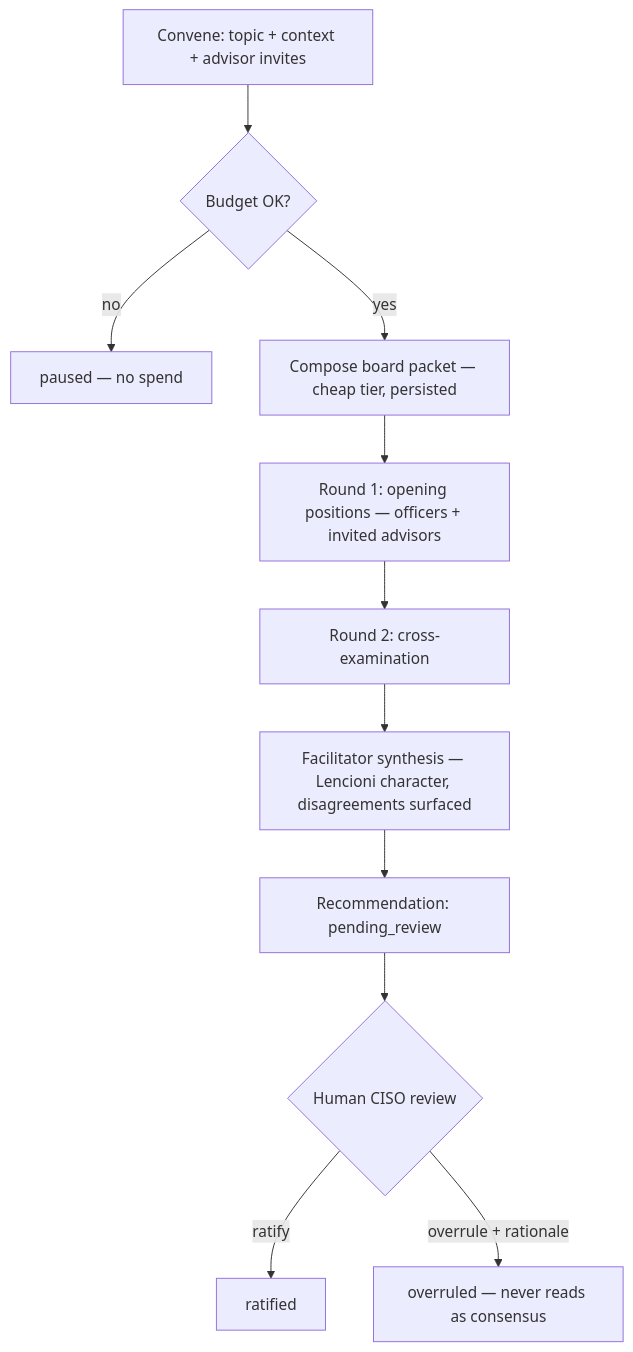
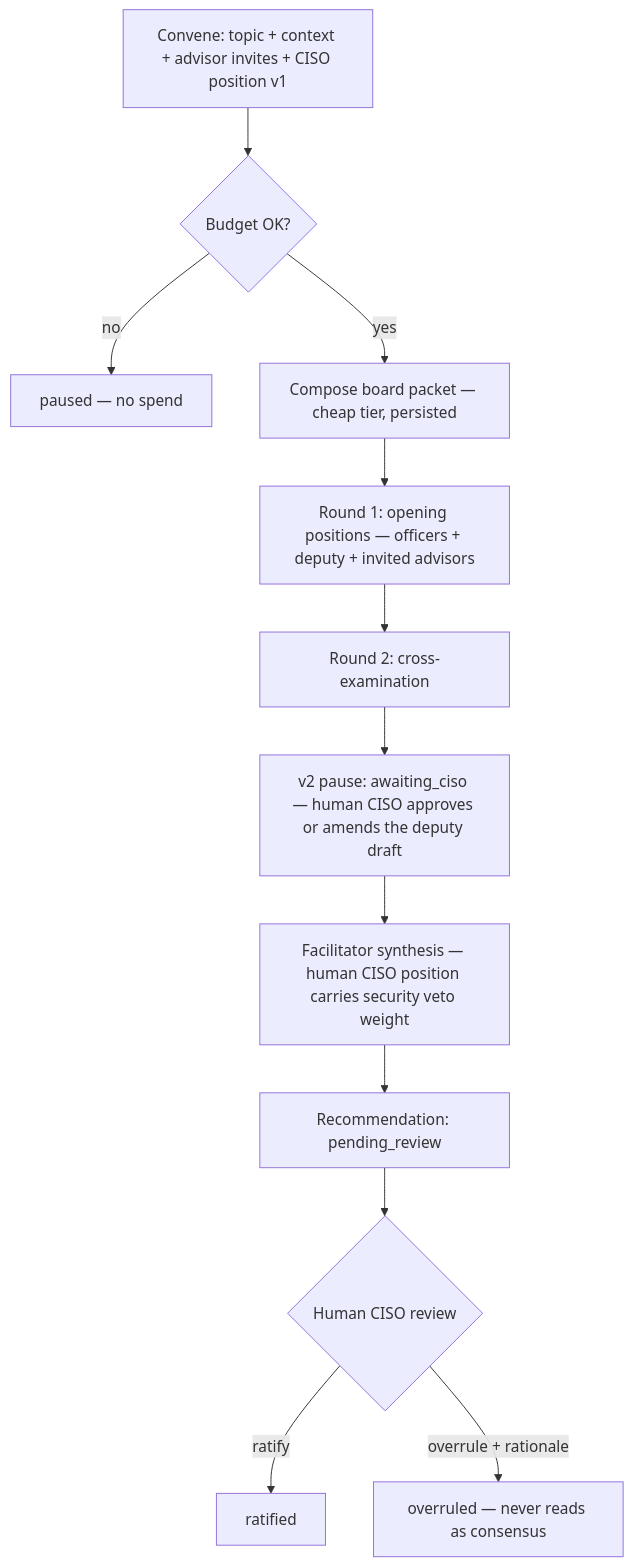
The diagram in docs/agents/board-of-directors.md (markdconnelly/ImperionCRM), drawn with Mermaid before and after one commit. The commit also changed other lines of this file and 3 other files, not shown here.

Commit message:
docs(board): amend ADR-0054 to the deputy model for the human CISO seat (#123)

````diff
--- a/docs/agents/board-of-directors.md
+++ b/docs/agents/board-of-directors.md
@@ -64,13 +69,14 @@
 ```mermaid
 flowchart TD
-    A[Convene: topic + context + advisor invites] --> B{Budget OK?}
+    A[Convene: topic + context + advisor invites + CISO position v1] --> B{Budget OK?}
     B -- no --> P[paused — no spend]
     B -- yes --> C[Compose board packet — cheap tier, persisted]
-    C --> D[Round 1: opening positions — officers + invited advisors]
+    C --> D[Round 1: opening positions — officers + deputy + invited advisors]
     D --> E[Round 2: cross-examination]
-    E --> F[Facilitator synthesis — Lencioni character, disagreements surfaced]
+    E --> V[v2 pause: awaiting_ciso — human CISO approves or amends the deputy draft]
+    V --> F[Facilitator synthesis — human CISO position carries security veto weight]
     F --> G[Recommendation: pending_review]
     G --> H{Human CISO review}
     H -- ratify --> I[ratified]
     H -- overrule + rationale --> J[overruled — never reads as consensus]
 ```
````
